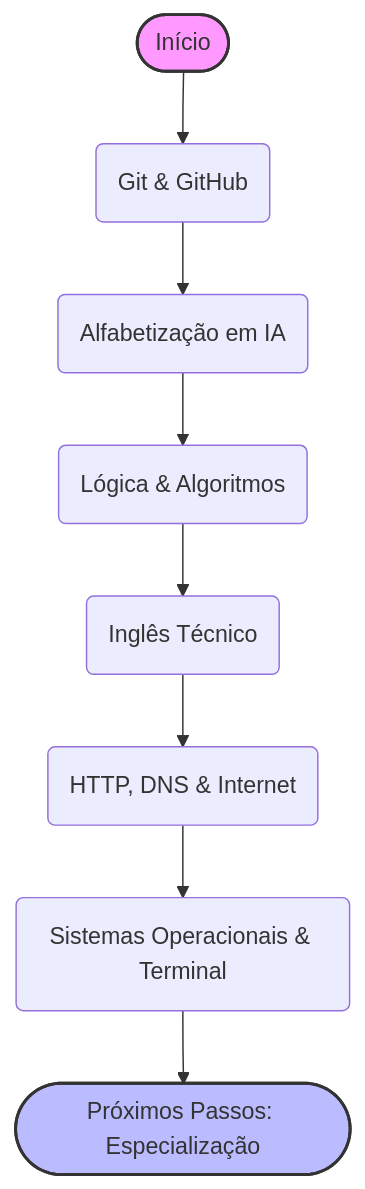
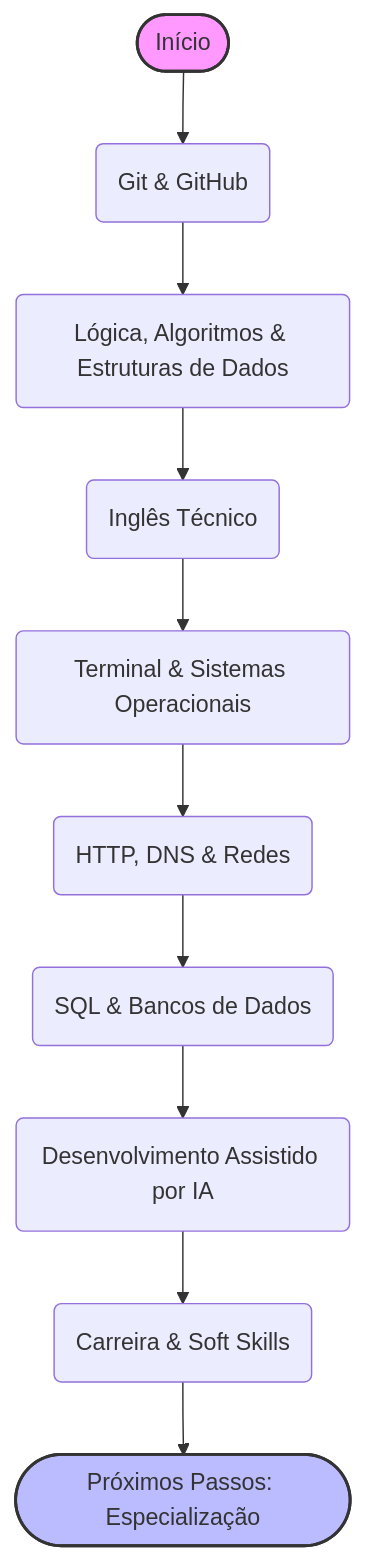
One commit to juninmd/roadmap-developer changed the diagram in roadmaps/general/common.md. Above: the diagram before and after it, drawn with Mermaid. The commit also changed other lines of this file and 22 other files, not shown here.

````diff
--- a/roadmaps/general/common.md
+++ b/roadmaps/general/common.md
@@ -7,13 +7,15 @@
 ```mermaid
 flowchart TD
     Start([Início]) --> Git(Git & GitHub)
-    Git --> AI(Alfabetização em IA)
-    AI --> Logic(Lógica & Algoritmos)
+    Git --> Logic(Lógica, Algoritmos & Estruturas de Dados)
     Logic --> English(Inglês Técnico)
-    English --> HTTP(HTTP, DNS & Internet)
-    HTTP --> OS(Sistemas Operacionais & Terminal)
-    OS --> Next([Próximos Passos: Especialização])
+    English --> OS(Terminal & Sistemas Operacionais)
+    OS --> Net(HTTP, DNS & Redes)
+    Net --> SQL(SQL & Bancos de Dados)
+    SQL --> AI(Desenvolvimento Assistido por IA)
+    AI --> Career(Carreira & Soft Skills)
+    Career --> Next([Próximos Passos: Especialização])
 
     style Start fill:#f9f,stroke:#333,stroke-width:2px
     style Next fill:#bbf,stroke:#333,stroke-width:2px
 ```
````
